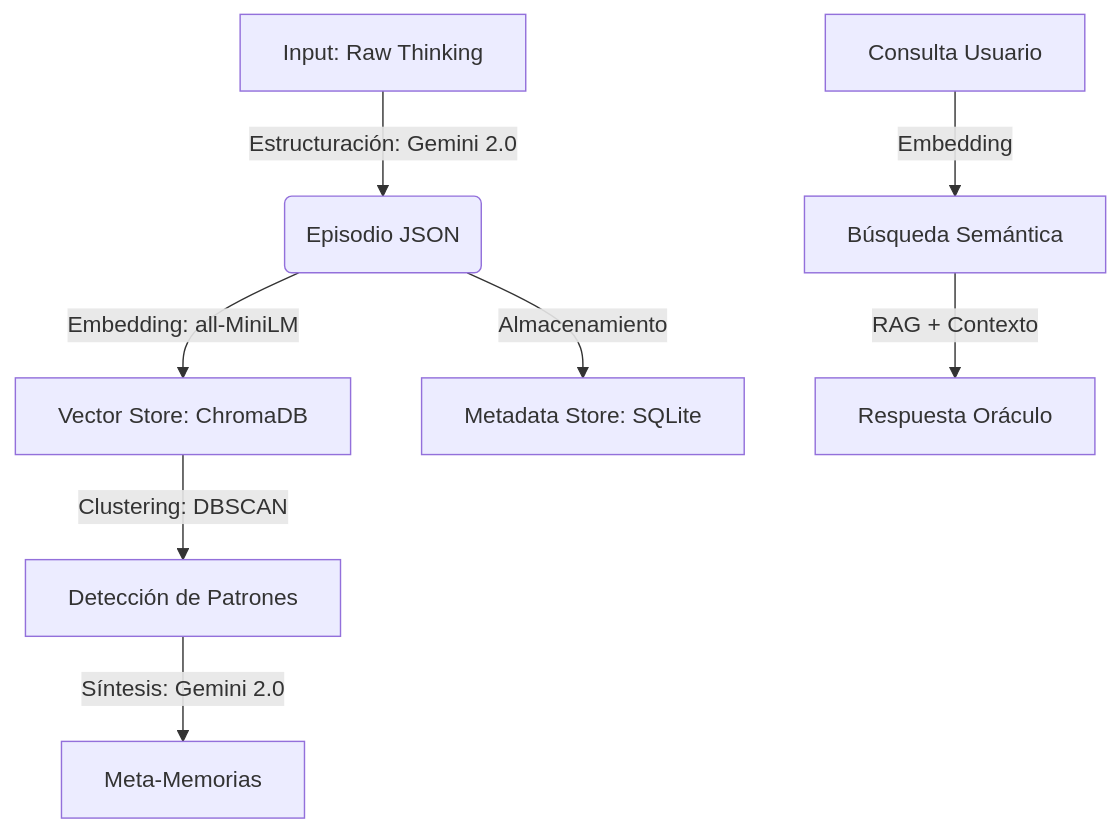
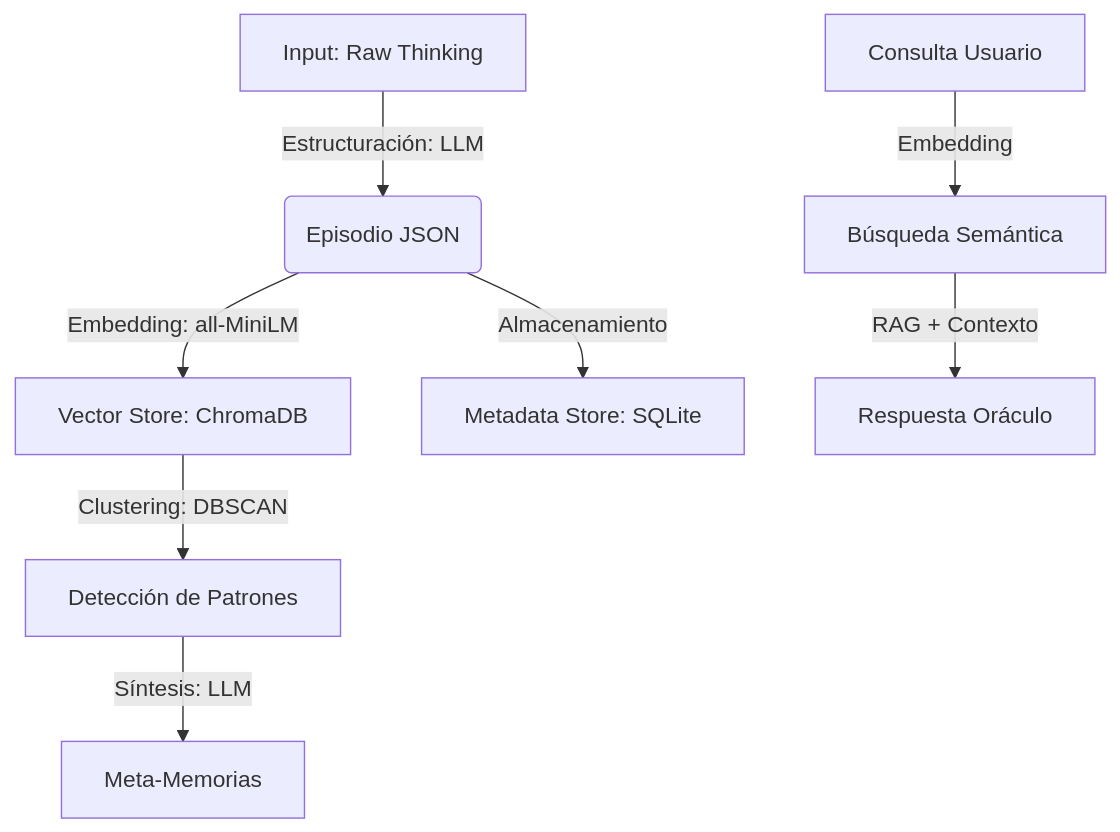
The diagram in README.md (JesusJimenez01/memorytwin), drawn with Mermaid before and after one commit. The commit also changed other lines of this file and 1 other file, not shown here.

Commit message:
Generalizar explicación de uso de LLM

````diff
--- a/README.md
+++ b/README.md
@@ -15,10 +15,10 @@
 ```mermaid
 graph TD
-    A[Input: Raw Thinking] -->|Estructuración: Gemini 2.0| B(Episodio JSON)
+    A[Input: Raw Thinking] -->|Estructuración: LLM| B(Episodio JSON)
     B -->|Embedding: all-MiniLM| C[Vector Store: ChromaDB]
     B -->|Almacenamiento| D[Metadata Store: SQLite]
     C -->|Clustering: DBSCAN| E[Detección de Patrones]
-    E -->|Síntesis: Gemini 2.0| F[Meta-Memorias]
+    E -->|Síntesis: LLM| F[Meta-Memorias]
     G[Consulta Usuario] -->|Embedding| H[Búsqueda Semántica]
     H -->|RAG + Contexto| I[Respuesta Oráculo]
 ```
````
